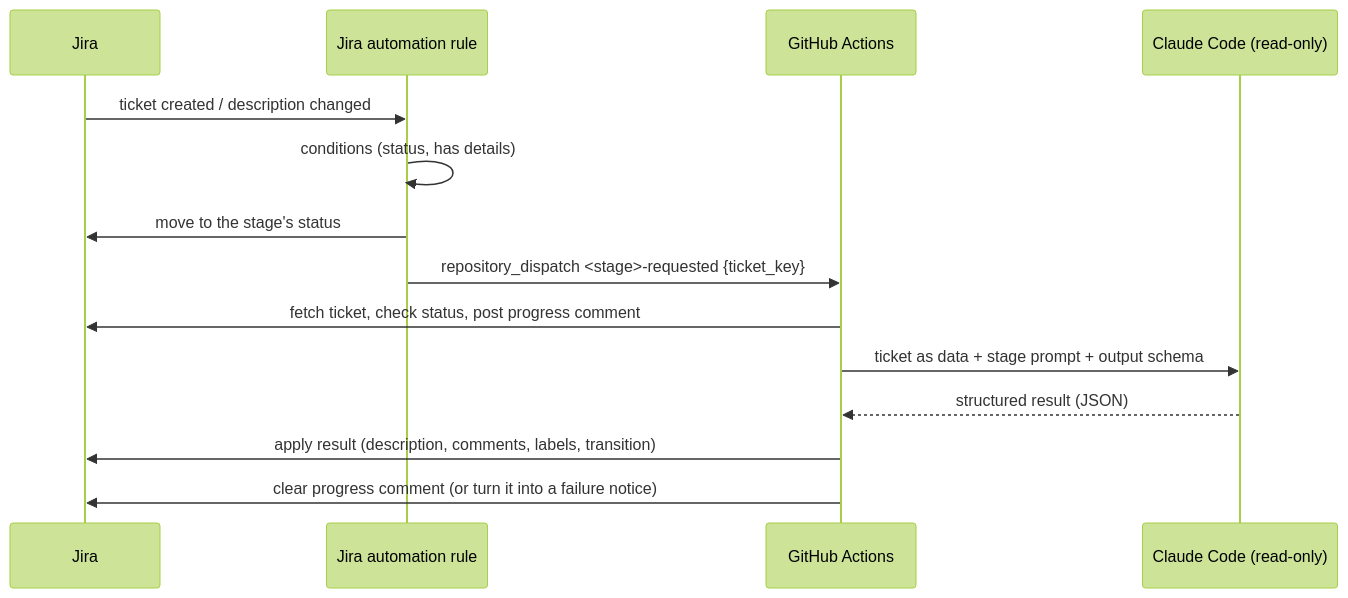
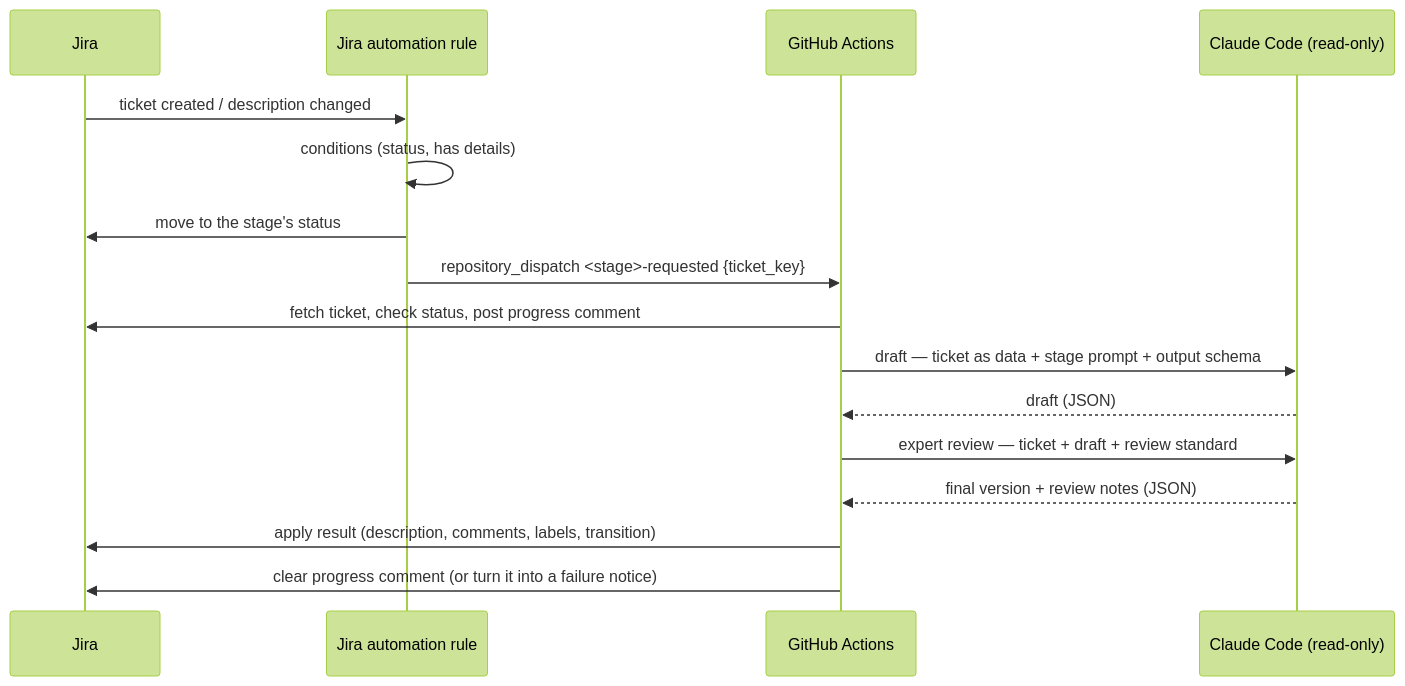
Before and after one commit to dkmyta/agent-hub: the diagram in docs/architecture.md, drawn with Mermaid (forest theme). The commit also changed other lines of this file and 174 other files, not shown here.

Commit message:
Add the implementation plan stage, expert review, scoped /revise revisions and manual-only evals

````diff
--- a/docs/architecture.md
+++ b/docs/architecture.md
@@ -9,16 +9,18 @@
 ```mermaid
 sequenceDiagram
   participant J as Jira
   participant R as Jira automation rule
   participant G as GitHub Actions
   participant C as Claude Code (read-only)
   J->>R: ticket created / description changed
   R->>R: conditions (status, has details)
   R->>J: move to the stage's status
   R->>G: repository_dispatch <stage>-requested {ticket_key}
   G->>J: fetch ticket, check status, post progress comment
-  G->>C: ticket as data + stage prompt + output schema
-  C-->>G: structured result (JSON)
+  G->>C: draft — ticket as data + stage prompt + output schema
+  C-->>G: draft (JSON)
+  G->>C: expert review — ticket + draft + review standard
+  C-->>G: final version + review notes (JSON)
   G->>J: apply result (description, comments, labels, transition)
   G->>J: clear progress comment (or turn it into a failure notice)
 ```
````
